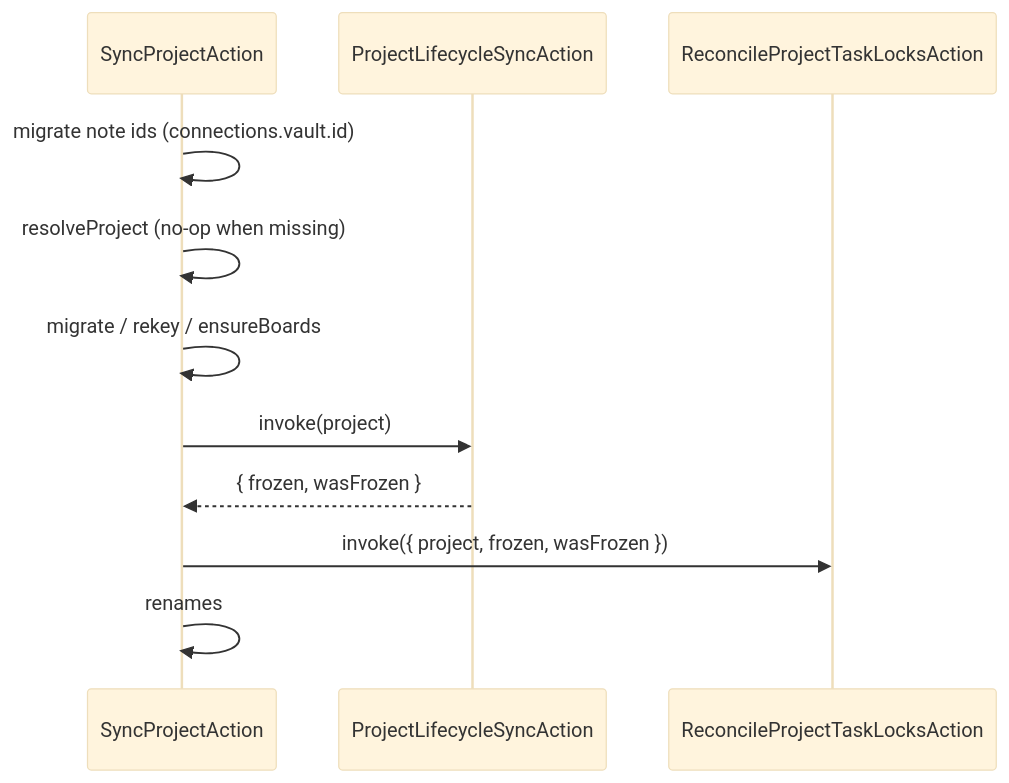
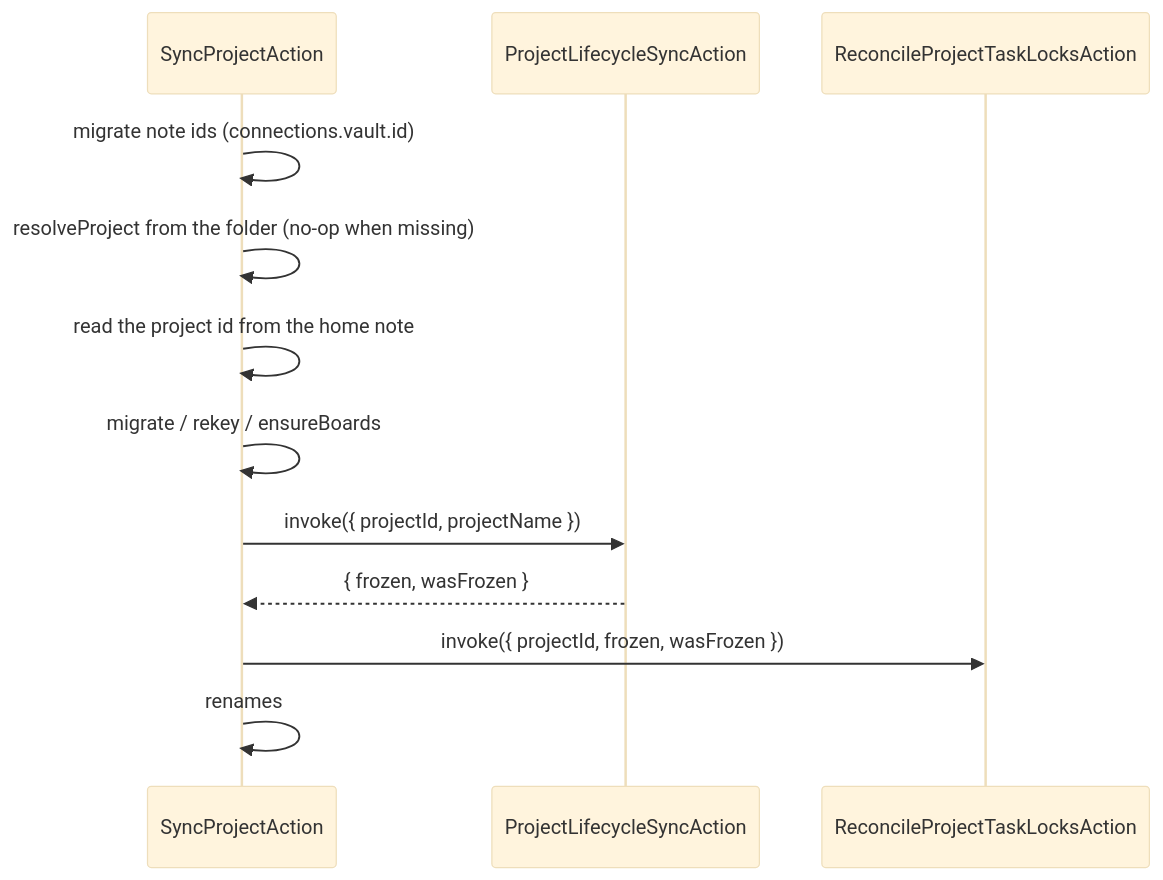
One commit to 99linesofcode/obsidian-project-management changed the second of 16 diagrams in docs/developer-manual.md. Above: the diagram before and after it, drawn with Mermaid (base theme). The commit also changed other lines of this file and 90 other files, not shown here.

````diff
--- a/docs/developer-manual.md
+++ b/docs/developer-manual.md
@@ -207,14 +208,15 @@
 ```mermaid
 sequenceDiagram
   participant SP as SyncProjectAction
   participant Life as ProjectLifecycleSyncAction
   participant Lock as ReconcileProjectTaskLocksAction
 
   SP->>SP: migrate note ids (connections.vault.id)
-  SP->>SP: resolveProject (no-op when missing)
+  SP->>SP: resolveProject from the folder (no-op when missing)
+  SP->>SP: read the project id from the home note
   SP->>SP: migrate / rekey / ensureBoards
-  SP->>Life: invoke(project)
+  SP->>Life: invoke({ projectId, projectName })
   Life-->>SP: { frozen, wasFrozen }
-  SP->>Lock: invoke({ project, frozen, wasFrozen })
+  SP->>Lock: invoke({ projectId, frozen, wasFrozen })
   SP->>SP: renames
 ```
````
